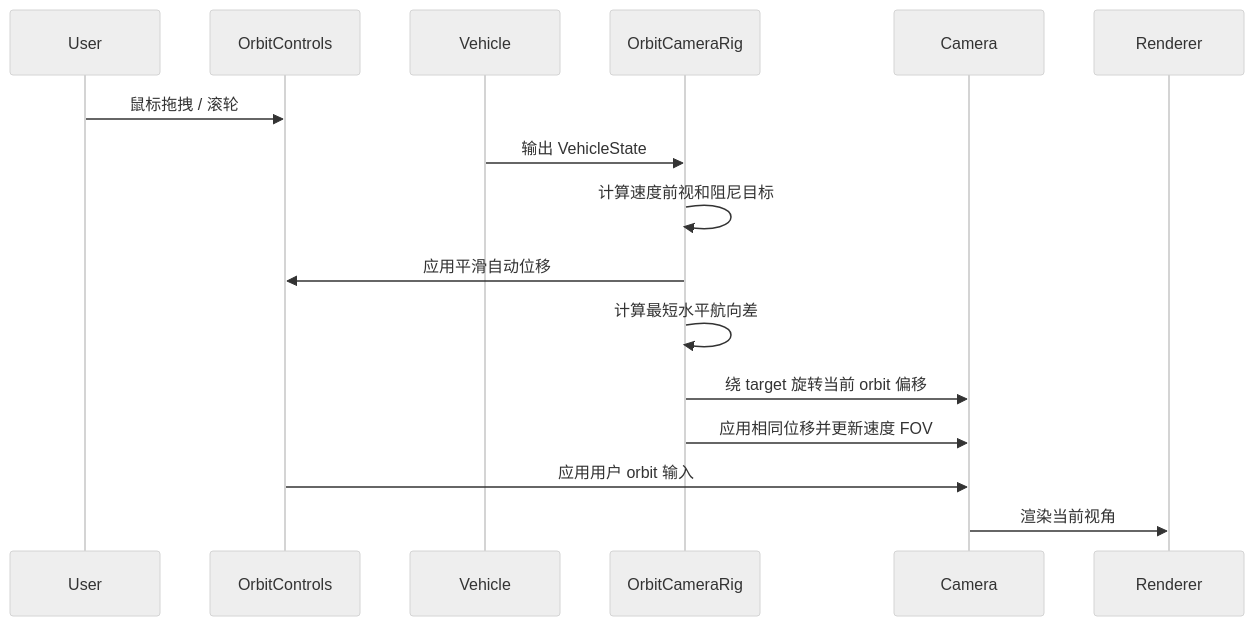
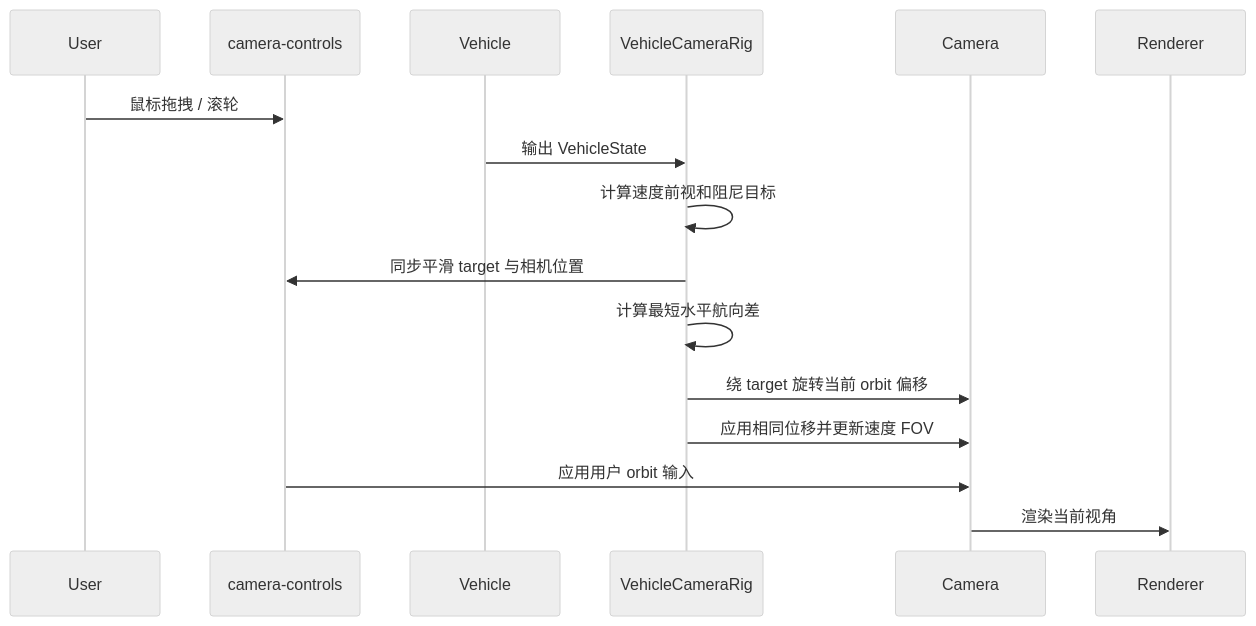
Before and after one commit to 64n-goxutech/shader-roam: the second of 2 diagrams in docs/architecture/camera-system/README.md, drawn with Mermaid (neutral theme). The commit also changed other lines of this file and 7 other files, not shown here.

Commit message:
refactor(camera): replace OrbitControls with camera-controls

````diff
--- a/docs/architecture/camera-system/README.md
+++ b/docs/architecture/camera-system/README.md
@@ -58,19 +58,19 @@
 ```mermaid
 sequenceDiagram
     participant User
-    participant Controls as OrbitControls
+    participant Controls as camera-controls
     participant Vehicle
-    participant Rig as OrbitCameraRig
+    participant Rig as VehicleCameraRig
     participant Camera
     participant Renderer
 
     User->>Controls: 鼠标拖拽 / 滚轮
     Vehicle->>Rig: 输出 VehicleState
     Rig->>Rig: 计算速度前视和阻尼目标
-    Rig->>Controls: 应用平滑自动位移
+    Rig->>Controls: 同步平滑 target 与相机位置
     Rig->>Rig: 计算最短水平航向差
     Rig->>Camera: 绕 target 旋转当前 orbit 偏移
     Rig->>Camera: 应用相同位移并更新速度 FOV
     Controls->>Camera: 应用用户 orbit 输入
     Camera->>Renderer: 渲染当前视角
 ```
````
